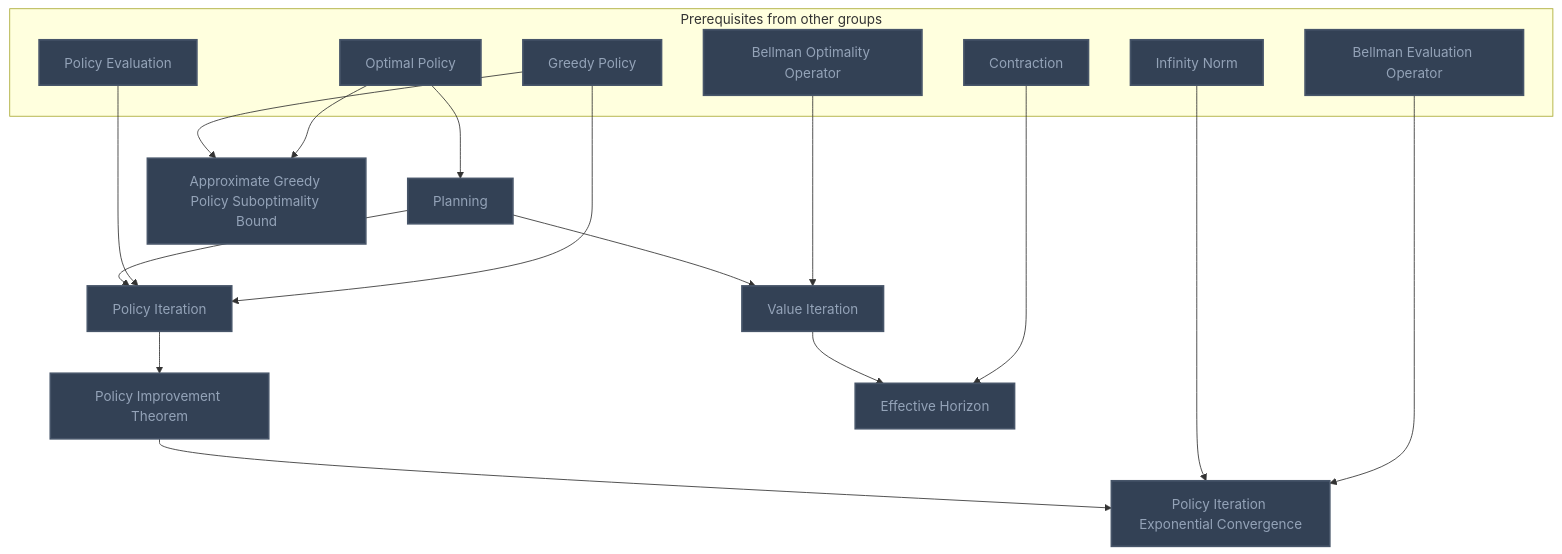
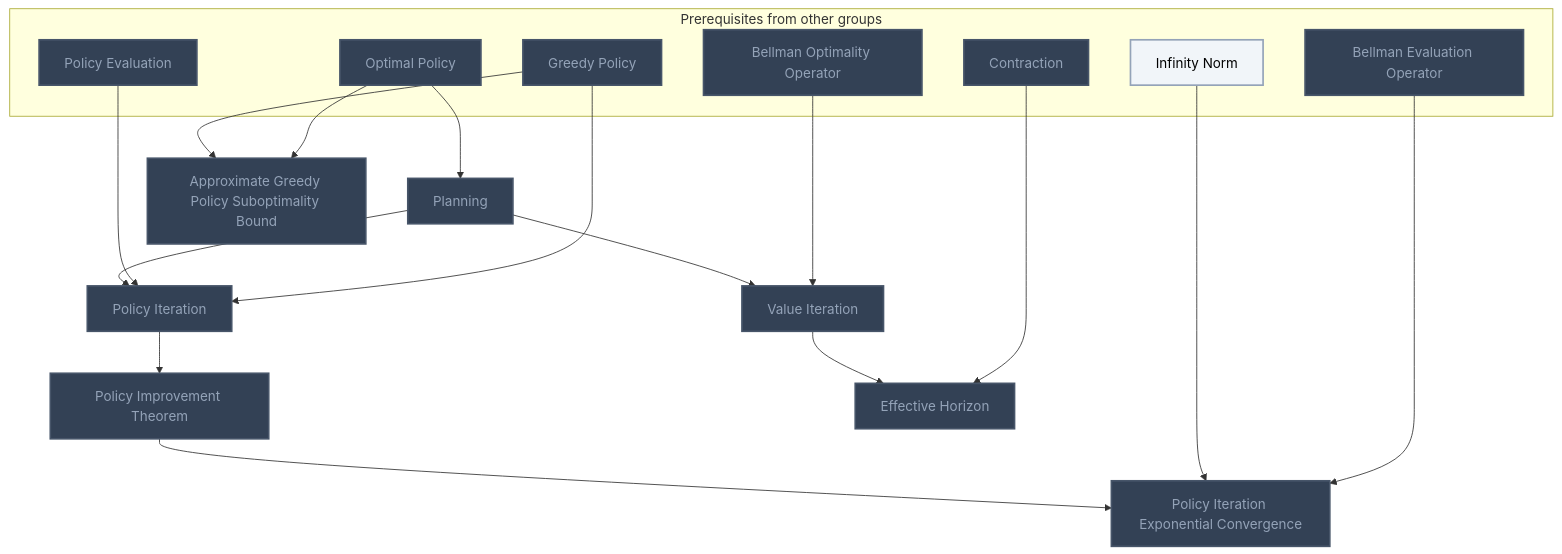
Before and after one commit to MRauf1/My-Notes: the fourth of 11 diagrams in Gamification/Skill Trees/Reinforcement Learning.md, drawn with Mermaid. The commit also changed other lines of this file and 57 other files, not shown here.

````diff
--- a/Gamification/Skill Trees/Reinforcement Learning.md
+++ b/Gamification/Skill Trees/Reinforcement Learning.md
@@ -147,44 +148,45 @@
 ```mermaid
 flowchart TD
     classDef planned fill:#1E293B,stroke:#64748B,stroke-width:2px,stroke-dasharray:5 5,color:#94A3B8;
     classDef locked fill:#334155,stroke:#475569,stroke-width:2px,color:#94A3B8;
     classDef L0 fill:#F1F5F9,stroke:#94A3B8,stroke-width:2px,color:#000000;
     classDef L1 fill:#22C55E,stroke:#15803D,stroke-width:2px,color:#000000;
     classDef L2 fill:#3B82F6,stroke:#1D4ED8,stroke-width:3px,color:#FFFFFF;
     classDef L3 fill:#A855F7,stroke:#6B21A8,stroke-width:3px,color:#FFFFFF,font-weight:bold;
     classDef L4 fill:#F97316,stroke:#C2410C,stroke-width:4px,color:#000000,font-weight:bold;
     classDef L5 fill:#FFD700,stroke:#FF8C00,stroke-width:5px,color:#000000,font-weight:bold;
     classDef rusty stroke:#8B4513,stroke-width:4px,stroke-dasharray:3 3;
     subgraph sg_prereqs["Prerequisites from other groups"]
         n_optimal_policy["Optimal Policy"]
         n_policy_evaluation["Policy Evaluation"]
         n_greedy_policy["Greedy Policy"]
         n_infinity_norm["Infinity Norm"]
         n_bellman_optimality_operator["Bellman Optimality Operator"]
         n_contraction["Contraction"]
         n_bellman_evaluation_operator["Bellman Evaluation Operator"]
     end
     n_planning["Planning"]
     n_policy_iteration["Policy Iteration"]
     n_policy_improvement_theorem["Policy Improvement Theorem"]
     n_policy_iteration_exponential_convergence["Policy Iteration Exponential Convergence"]
     n_value_iteration["Value Iteration"]
     n_effective_horizon["Effective Horizon"]
     n_approximate_greedy_policy_suboptimality_bound["Approximate Greedy Policy Suboptimality Bound"]
     n_optimal_policy --> n_planning
     n_planning --> n_policy_iteration
     n_policy_evaluation --> n_policy_iteration
     n_greedy_policy --> n_policy_iteration
     n_policy_iteration --> n_policy_improvement_theorem
     n_policy_improvement_theorem --> n_policy_iteration_exponential_convergence
     n_infinity_norm --> n_policy_iteration_exponential_convergence
     n_planning --> n_value_iteration
     n_bellman_optimality_operator --> n_value_iteration
     n_value_iteration --> n_effective_horizon
     n_contraction --> n_effective_horizon
     n_greedy_policy --> n_approximate_greedy_policy_suboptimality_bound
     n_optimal_policy --> n_approximate_greedy_policy_suboptimality_bound
     n_bellman_evaluation_operator --> n_policy_iteration_exponential_convergence
-    class n_optimal_policy,n_policy_evaluation,n_greedy_policy,n_infinity_norm,n_bellman_optimality_operator,n_contraction,n_bellman_evaluation_operator,n_planning,n_policy_iteration,n_policy_improvement_theorem,n_policy_iteration_exponential_convergence,n_value_iteration,n_effective_horizon,n_approximate_greedy_policy_suboptimality_bound locked;
+    class n_optimal_policy,n_policy_evaluation,n_greedy_policy,n_bellman_optimality_operator,n_contraction,n_bellman_evaluation_operator,n_planning,n_policy_iteration,n_policy_improvement_theorem,n_policy_iteration_exponential_convergence,n_value_iteration,n_effective_horizon,n_approximate_greedy_policy_suboptimality_bound locked;
+    class n_infinity_norm L0;
     class n_optimal_policy,n_policy_evaluation,n_greedy_policy,n_infinity_norm,n_bellman_optimality_operator,n_contraction,n_bellman_evaluation_operator,n_planning,n_policy_iteration,n_policy_improvement_theorem,n_policy_iteration_exponential_convergence,n_value_iteration,n_effective_horizon,n_approximate_greedy_policy_suboptimality_bound internal-link;
 ```
````
